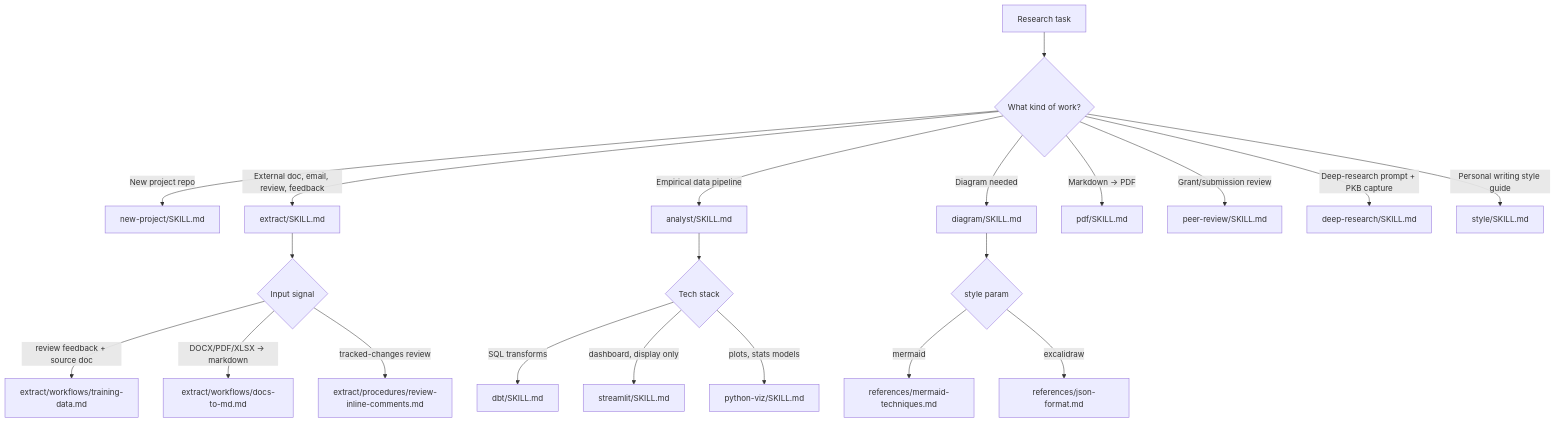
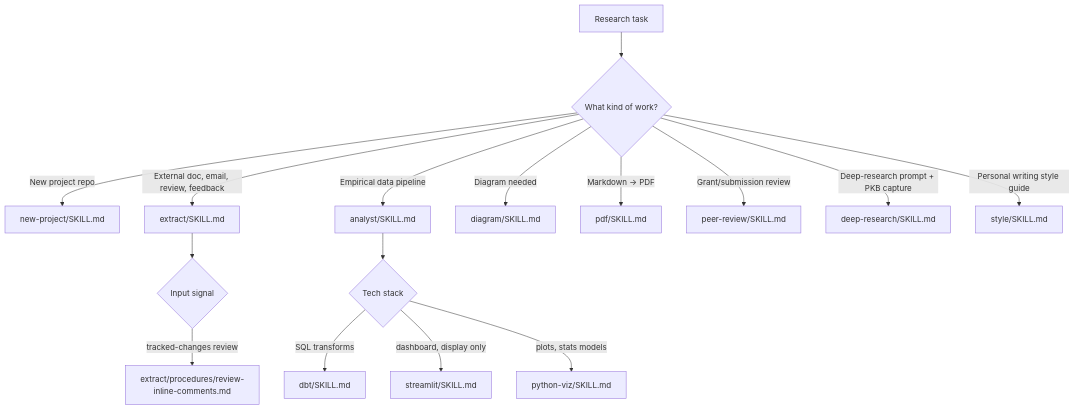
One commit to nicsuzor/academicOps changed the diagram in plugins/tools/README.md. Above: the diagram before and after it, drawn with Mermaid. The commit also changed 65 other files, not shown here.

````diff
--- a/plugins/tools/README.md
+++ b/plugins/tools/README.md
@@ -6,28 +6,23 @@
 ```mermaid
 flowchart TD
     T[Research task] --> K{What kind of work?}
 
     K -->|New project repo| NP["new-project/SKILL.md"]
 
     K -->|External doc, email, review, feedback| EX["extract/SKILL.md"]
     EX --> ES{Input signal}
-    ES -->|"review feedback + source doc"| TD["extract/workflows/training-data.md"]
-    ES -->|"DOCX/PDF/XLSX -> markdown"| DM["extract/workflows/docs-to-md.md"]
     ES -->|"tracked-changes review"| RIC["extract/procedures/review-inline-comments.md"]
 
     K -->|Empirical data pipeline| AN["analyst/SKILL.md"]
     AN --> AS{Tech stack}
     AS -->|SQL transforms| DBT["dbt/SKILL.md"]
     AS -->|dashboard, display only| SL["streamlit/SKILL.md"]
     AS -->|plots, stats models| PV["python-viz/SKILL.md"]
 
     K -->|Diagram needed| DG["diagram/SKILL.md"]
-    DG --> DS{style param}
-    DS -->|mermaid| DGM[references/mermaid-techniques.md]
-    DS -->|excalidraw| DGE[references/json-format.md]
 
     K -->|Markdown -> PDF| PDF["pdf/SKILL.md"]
     K -->|Grant/submission review| PR["peer-review/SKILL.md"]
     K -->|Deep-research prompt + PKB capture| DR["deep-research/SKILL.md"]
     K -->|Personal writing style guide| ST["style/SKILL.md"]
 ```
````
